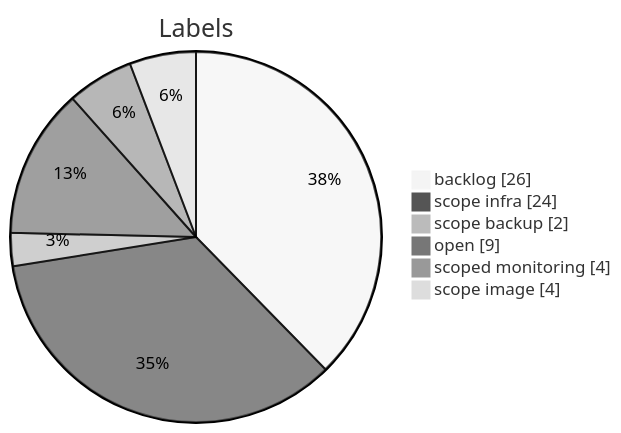
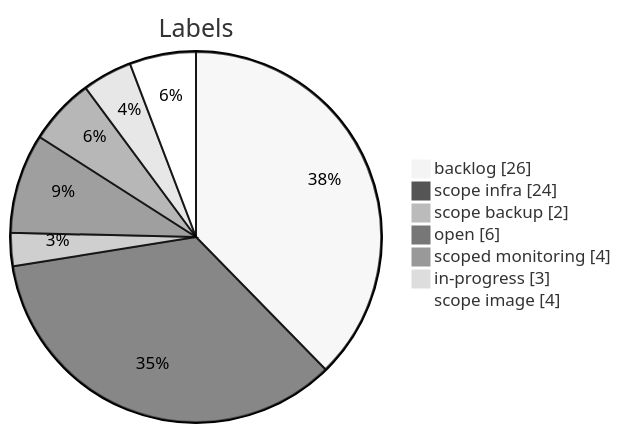
Before and after one commit to Gooseppr/GevOps_LC: the fourth of 5 diagrams in modules/M40.projet-test.md, drawn with Mermaid (neutral theme). The commit also changed other lines of this file, not shown here.

````diff
--- a/modules/M40.projet-test.md
+++ b/modules/M40.projet-test.md
@@ -58,10 +64,11 @@
 ```mermaid
 pie showData
     title Labels
     "backlog" : 26
     "scope  infra" : 24
     "scope  backup" : 2
-    "open" : 9
+    "open" : 6
     "scoped  monitoring" : 4
+    "in-progress" : 3
     "scope  image" : 4
 ```
````
